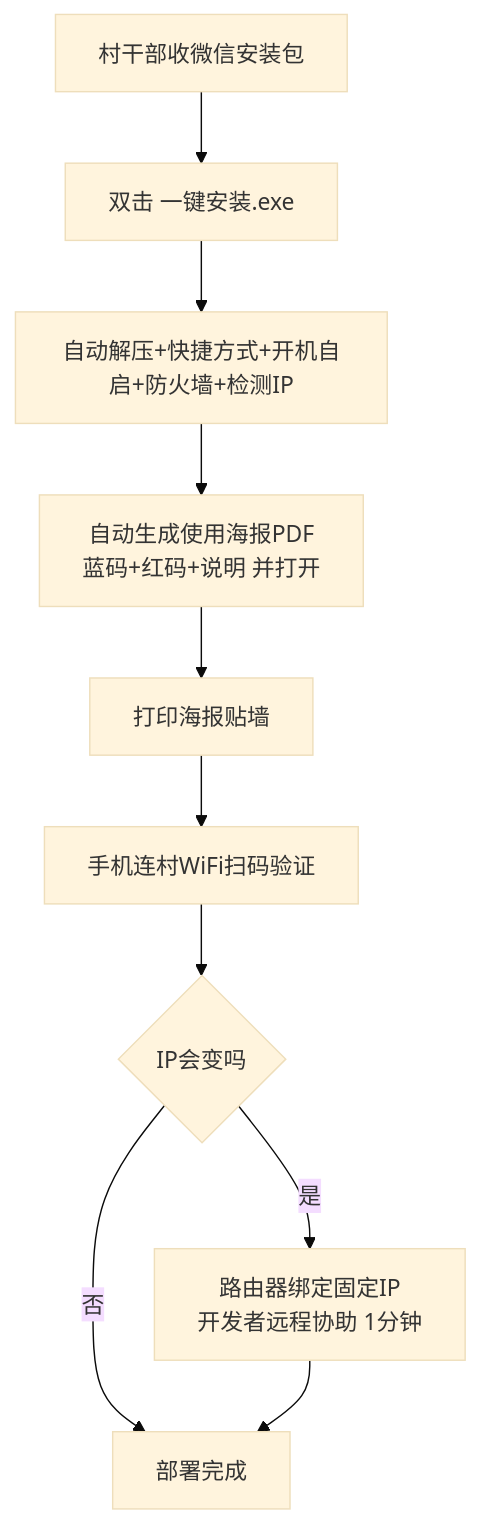
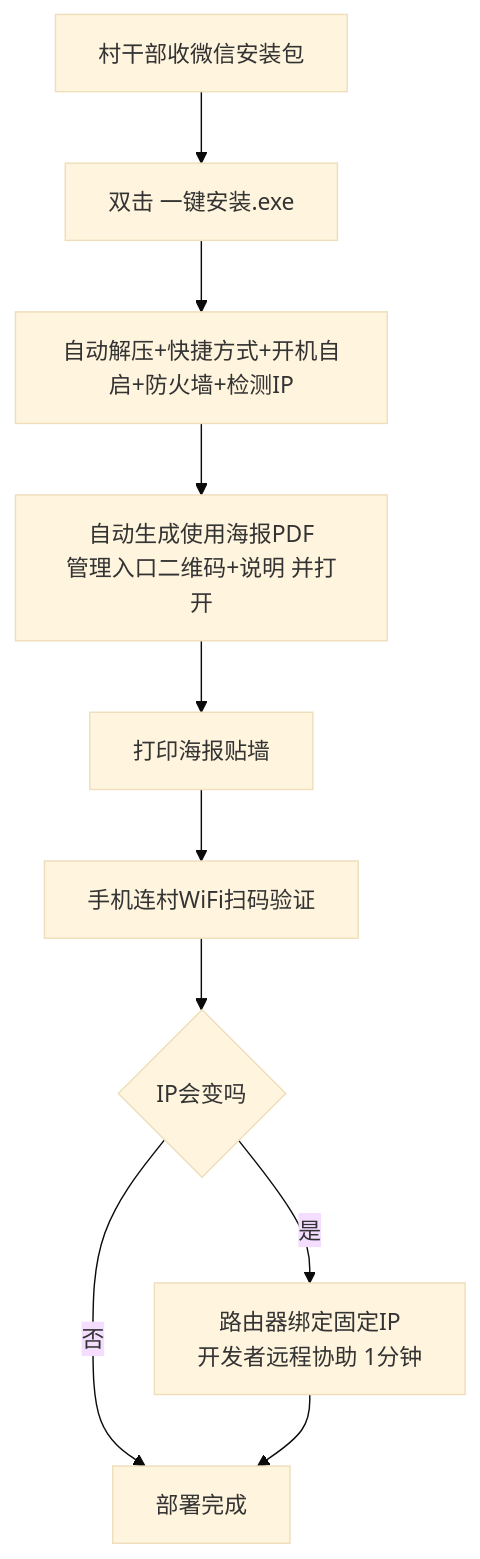
The sixth of 6 diagrams in docs/superpowers/specs/2026-09-07-村务管理系统-design.md (jiangyangdadao/village-affairs-system), drawn with Mermaid (base theme) before and after one commit. The commit also changed other lines of this file and 4 other files, not shown here.

````diff
--- a/docs/superpowers/specs/2026-09-07-村务管理系统-design.md
+++ b/docs/superpowers/specs/2026-09-07-村务管理系统-design.md
@@ -379,12 +345,12 @@
 ```mermaid
 flowchart TD
     A[村干部收微信安装包] --> B[双击 一键安装.exe]
     B --> C[自动解压+快捷方式+开机自启+防火墙+检测IP]
-    C --> D[自动生成使用海报PDF<br/>蓝码+红码+说明 并打开]
+    C --> D[自动生成使用海报PDF<br/>管理入口二维码+说明 并打开]
     D --> E[打印海报贴墙]
     E --> F[手机连村WiFi扫码验证]
     F --> G{IP会变吗}
     G -- 是 --> H[路由器绑定固定IP<br/>开发者远程协助 1分钟]
     G -- 否 --> I[部署完成]
     H --> I
 ```
````
